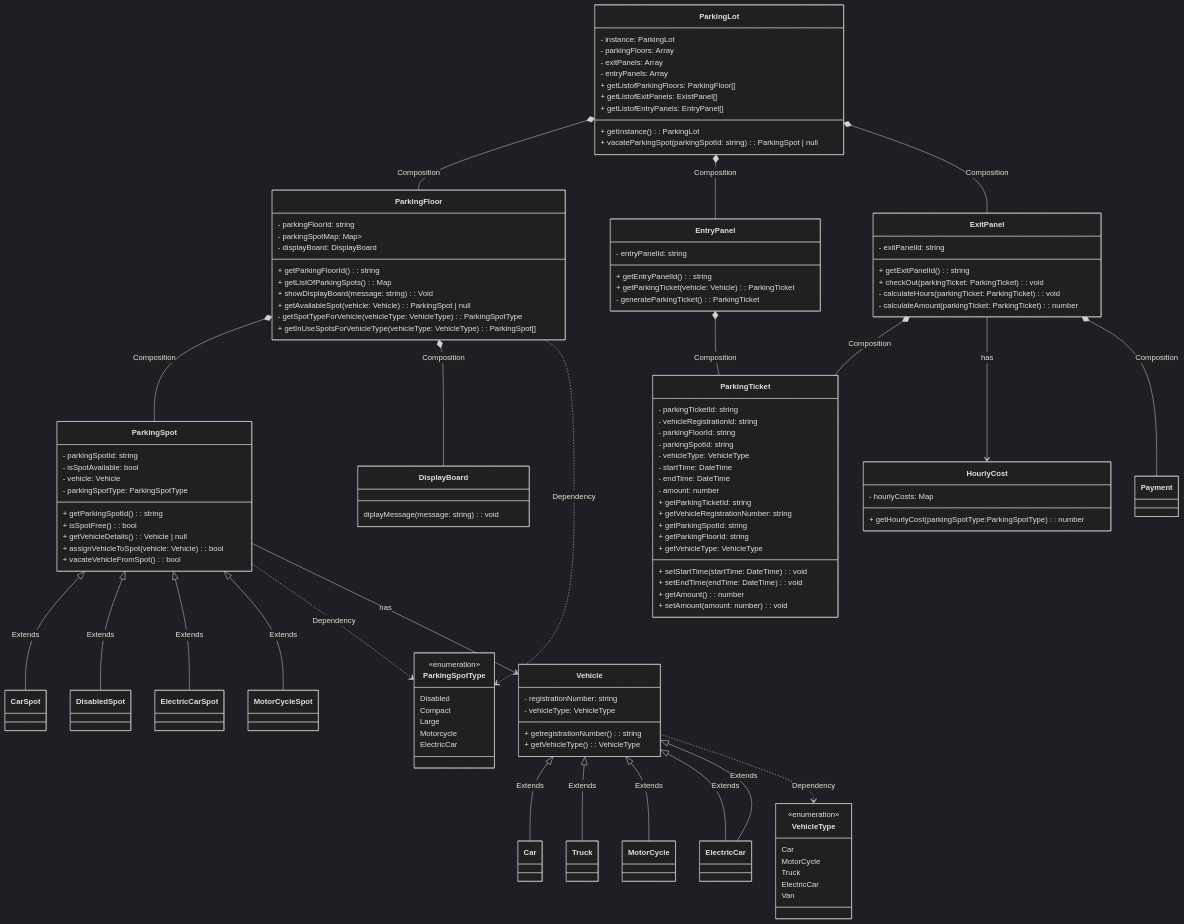
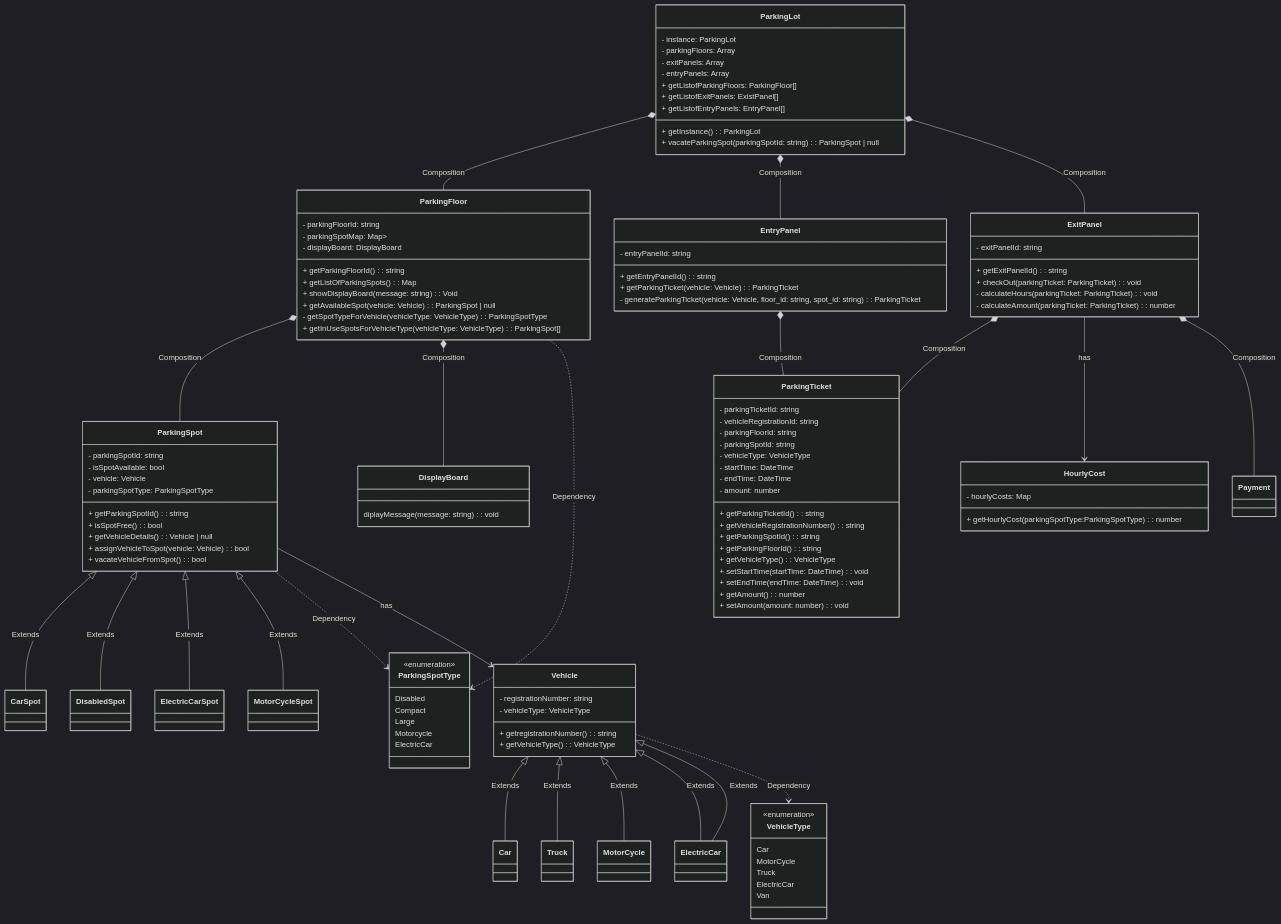
Before and after one commit to vinaycchndra/Python_LLDs: the diagram in ParkingLot/ReadMe.md, drawn with Mermaid (dark theme). The commit also changed 6 other files, not shown here.

```diff
--- a/ParkingLot/ReadMe.md
+++ b/ParkingLot/ReadMe.md
@@ -44,7 +44,7 @@
  - entryPanelId: string
  + getEntryPanelId(): string
  + getParkingTicket(vehicle: Vehicle): ParkingTicket
- - generateParkingTicket(): ParkingTicket
+ - generateParkingTicket(vehicle: Vehicle, floor_id: string, spot_id: string): ParkingTicket
 }
 
 class ExitPanel{
@@ -114,11 +114,11 @@
 - endTime: DateTime
 - amount: number
 
-+ getParkingTicketId: string
-+ getVehicleRegistrationNumber: string
-+ getParkingSpotId: string
-+ getParkingFloorId: string
-+ getVehicleType: VehicleType
++ getParkingTicketId(): string
++ getVehicleRegistrationNumber(): string
++ getParkingSpotId(): string
++ getParkingFloorId(): string
++ getVehicleType(): VehicleType
 + setStartTime(startTime: DateTime): void
 + setEndTime(endTime: DateTime): void
 + getAmount(): number
```
